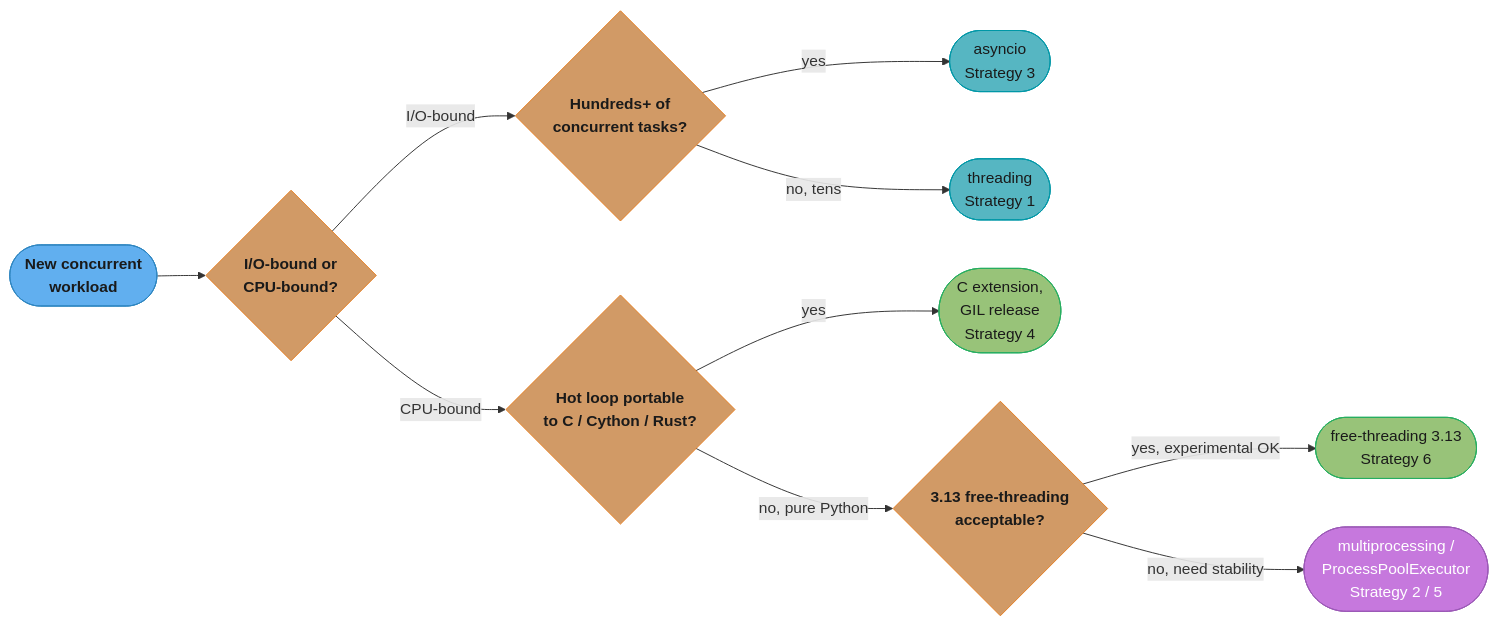
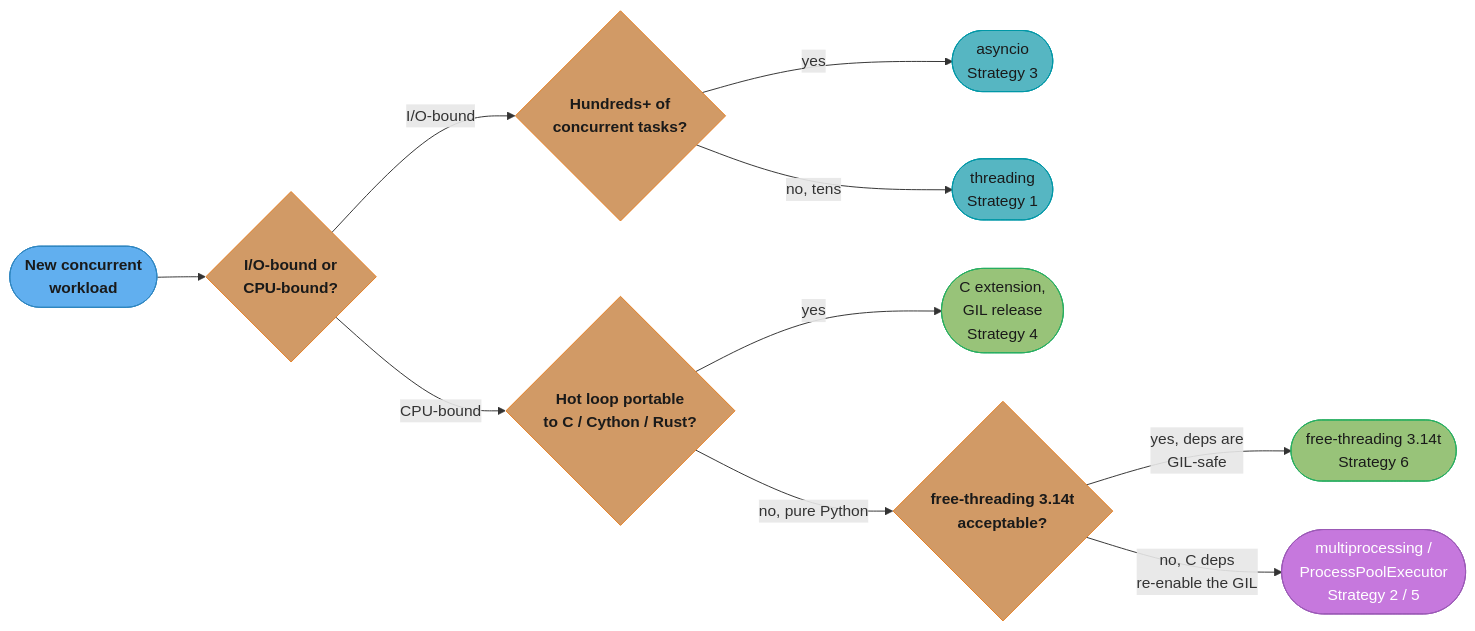
One commit to rppol/system-design changed the first of 7 diagrams in src/main/java/com/rutik/systemdesign/python/the_gil_and_free_threading/README.md. Above: the diagram before and after it, drawn with Mermaid. The commit also changed other lines of this file and 3 other files, not shown here.

````diff
--- a/src/main/java/com/rutik/systemdesign/python/the_gil_and_free_threading/README.md
+++ b/src/main/java/com/rutik/systemdesign/python/the_gil_and_free_threading/README.md
@@ -86,28 +96,28 @@
 ```mermaid
 flowchart LR
     classDef io      fill:#61afef,stroke:#2e86c1,color:#1a1a1a,font-weight:bold
     classDef frozen  fill:#c678dd,stroke:#9b59b6,color:#fff
     classDef train   fill:#98c379,stroke:#27ae60,color:#1a1a1a
     classDef mathOp  fill:#d19a66,stroke:#e67e22,color:#1a1a1a,font-weight:bold
     classDef lossN   fill:#e06c75,stroke:#c0392b,color:#fff,font-weight:bold
     classDef req     fill:#56b6c2,stroke:#0097a7,color:#1a1a1a
     classDef base    fill:#e5c07b,stroke:#f39c12,color:#1a1a1a
 
     START(["New concurrent<br/>workload"]) --> Q1{"I/O-bound or<br/>CPU-bound?"}
 
     Q1 -->|"I/O-bound"| Q2{"Hundreds+ of<br/>concurrent tasks?"}
     Q2 -->|"yes"| ASYNCIO(["asyncio<br/>Strategy 3"])
     Q2 -->|"no, tens"| THREADING(["threading<br/>Strategy 1"])
 
     Q1 -->|"CPU-bound"| Q3{"Hot loop portable<br/>to C / Cython / Rust?"}
     Q3 -->|"yes"| CEXT(["C extension,<br/>GIL release<br/>Strategy 4"])
-    Q3 -->|"no, pure Python"| Q4{"3.13 free-threading<br/>acceptable?"}
-    Q4 -->|"yes, experimental OK"| FREET(["free-threading 3.13<br/>Strategy 6"])
-    Q4 -->|"no, need stability"| MP(["multiprocessing /<br/>ProcessPoolExecutor<br/>Strategy 2 / 5"])
+    Q3 -->|"no, pure Python"| Q4{"free-threading 3.14t<br/>acceptable?"}
+    Q4 -->|"yes, deps are<br/>GIL-safe"| FREET(["free-threading 3.14t<br/>Strategy 6"])
+    Q4 -->|"no, C deps<br/>re-enable the GIL"| MP(["multiprocessing /<br/>ProcessPoolExecutor<br/>Strategy 2 / 5"])
 
     class START io
     class Q1,Q2,Q3,Q4 mathOp
     class ASYNCIO,THREADING req
     class CEXT,FREET train
     class MP frozen
 ```
````
